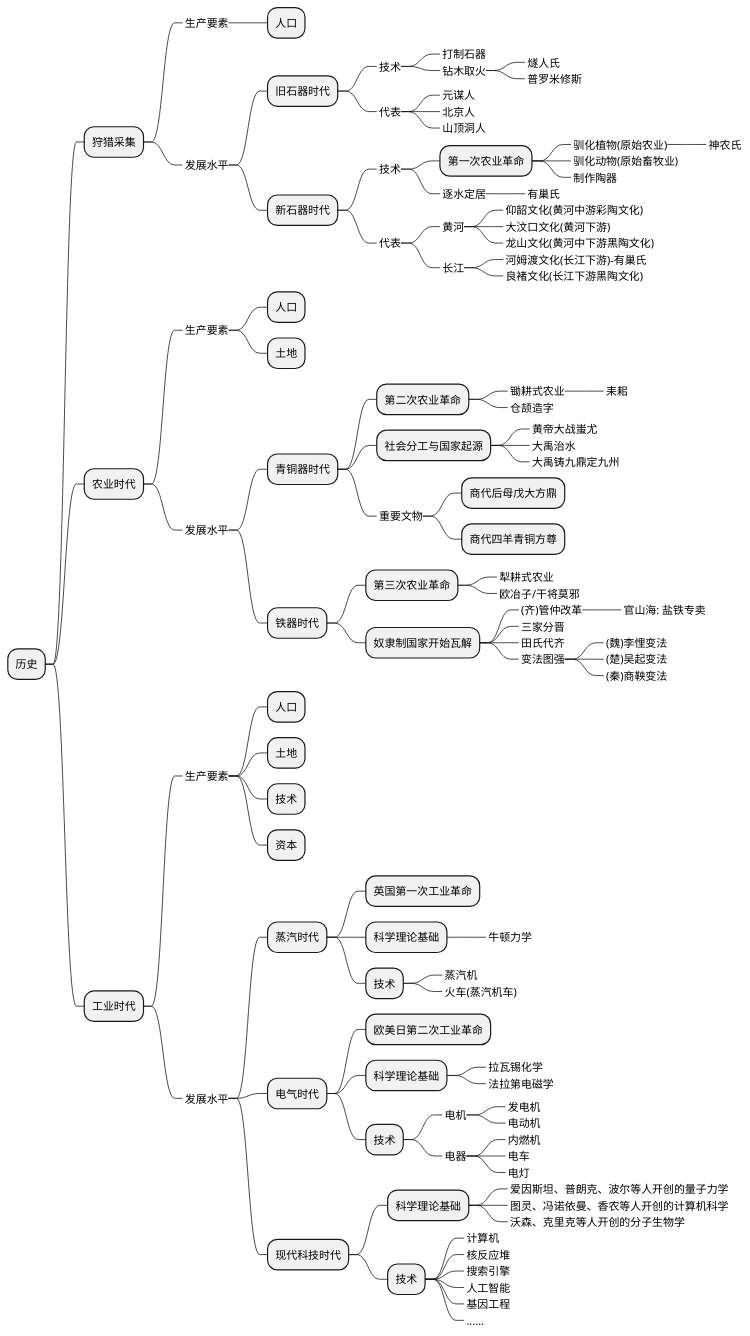
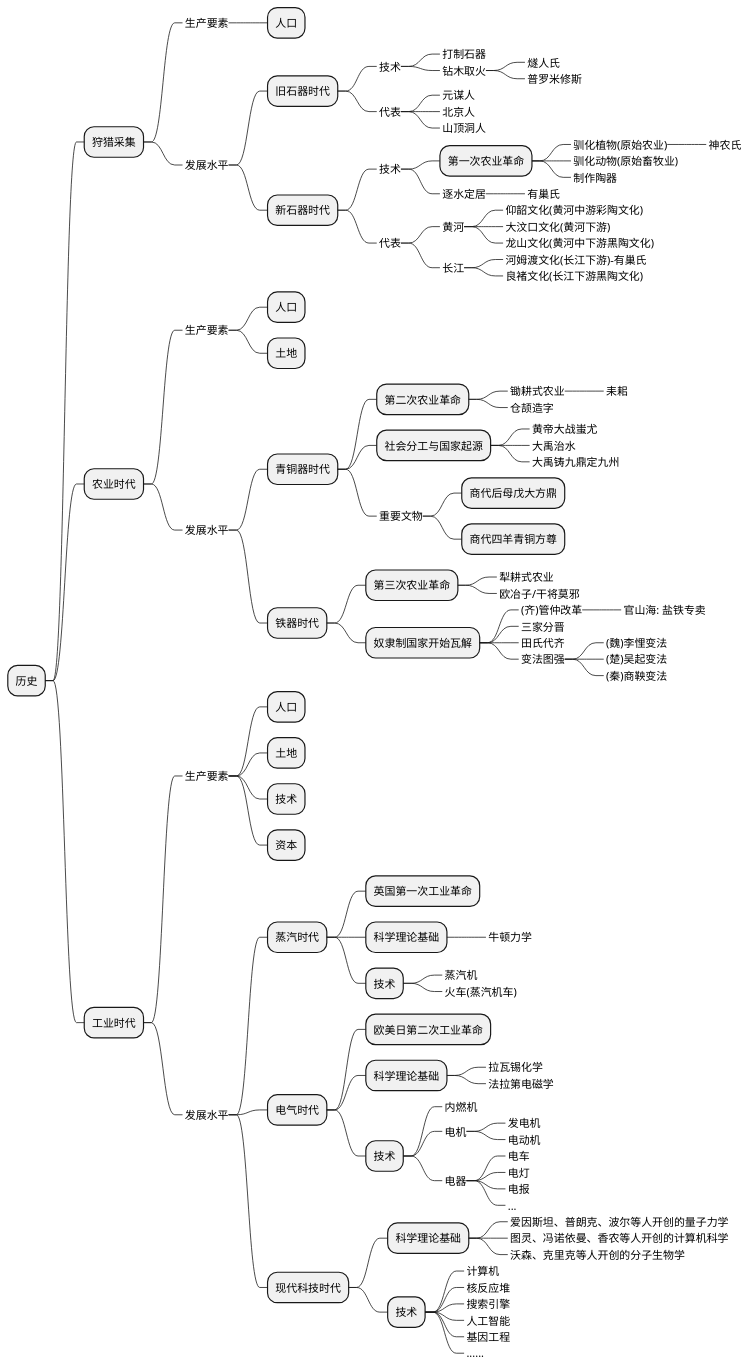
Before and after one commit to holmofy/blog.hufeifei.cn: the diagram in source/_posts/economic/economic_and_history.md, drawn with PlantUML.

```diff
--- a/source/_posts/economic/economic_and_history.md
+++ b/source/_posts/economic/economic_and_history.md
@@ -97,13 +97,15 @@
 ++++++_ 拉瓦锡化学
 ++++++_ 法拉第电磁学
 +++++ 技术
+++++++_ 内燃机
 ++++++_ 电机
 +++++++_ 发电机
 +++++++_ 电动机
 ++++++_ 电器
-+++++++_ 内燃机
 +++++++_ 电车
 +++++++_ 电灯
++++++++_ 电报
++++++++_ ...
 ++++ 现代科技时代
 +++++ 科学理论基础
 ++++++_ 爱因斯坦、普朗克、波尔等人开创的量子力学
```
